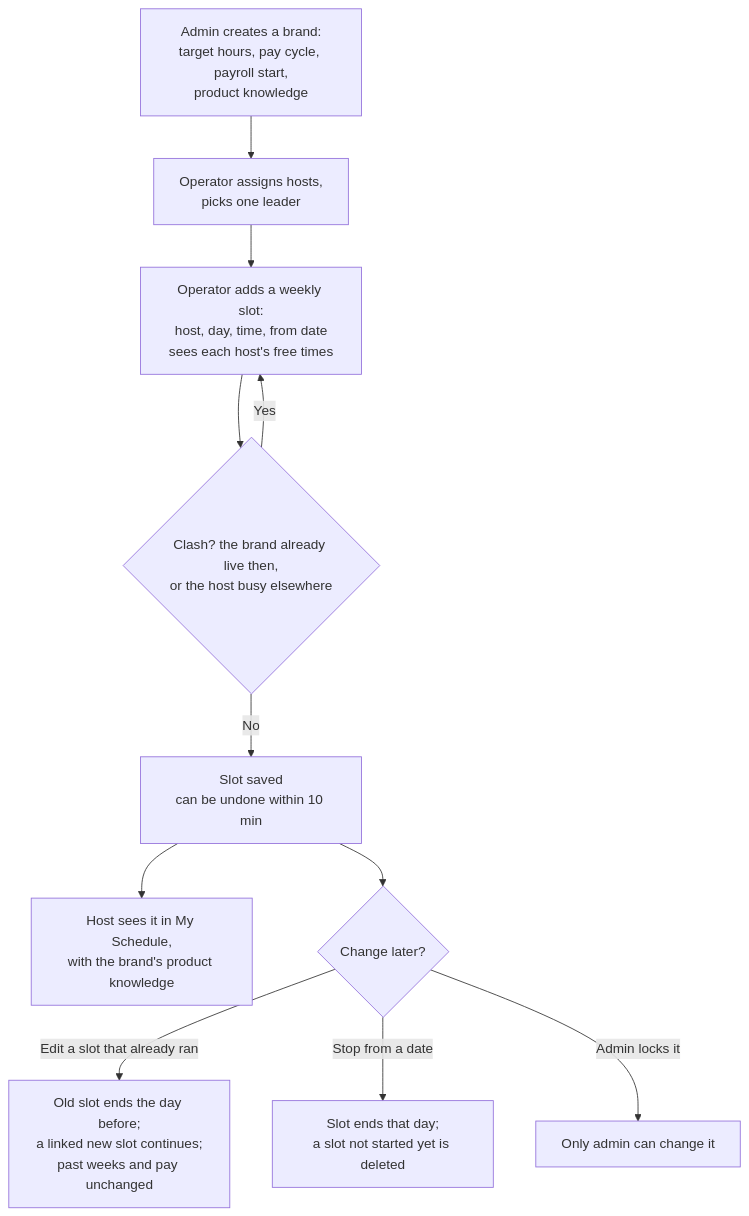
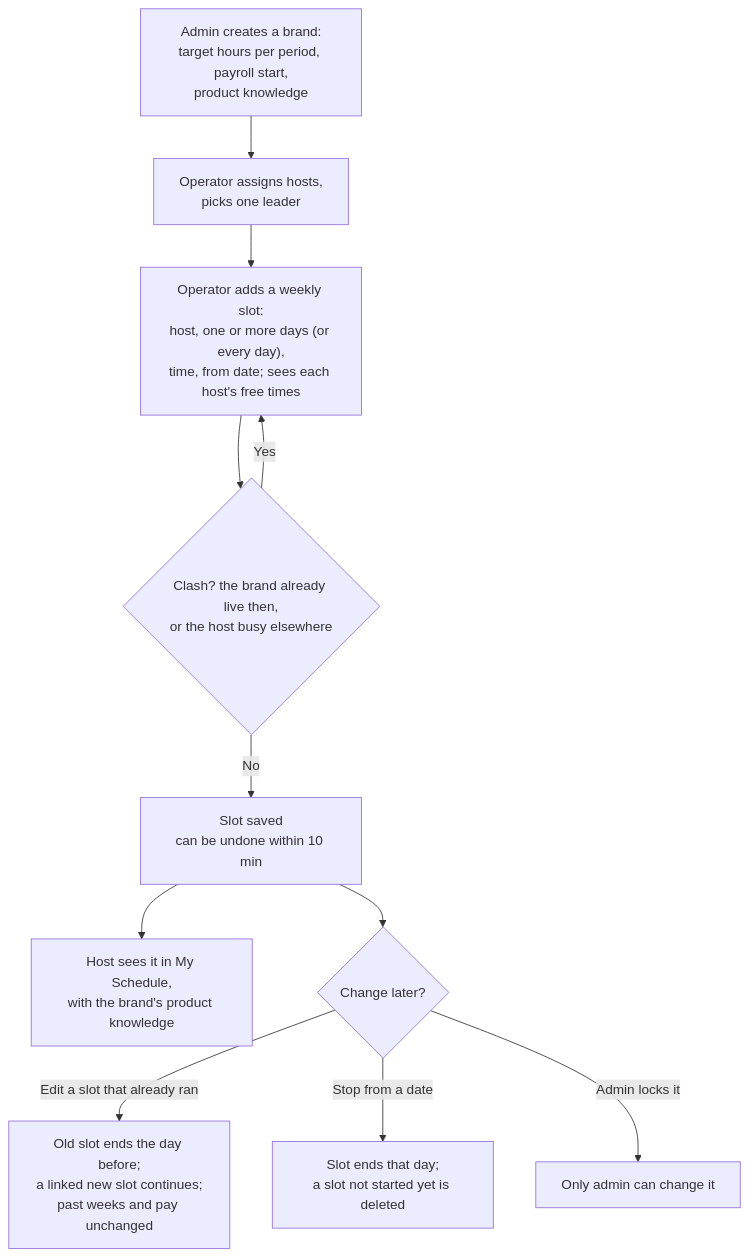
One commit to Adomancer/VidHelp changed the fourth of 13 diagrams in FLOWCHART.md. Above: the diagram before and after it, drawn with Mermaid. The commit also changed other lines of this file and 38 other files, not shown here.

First line of the commit message:
Switch payroll to target-hour periods

````diff
--- a/FLOWCHART.md
+++ b/FLOWCHART.md
@@ -97,13 +98,13 @@
 ```mermaid
 flowchart TD
-  A["Admin creates a brand:<br/>target hours, pay cycle, payroll start,<br/>product knowledge"] --> B["Operator assigns hosts,<br/>picks one leader"]
-  B --> C["Operator adds a weekly slot:<br/>host, day, time, from date<br/>sees each host's free times"]
+  A["Admin creates a brand:<br/>target hours per period, payroll start,<br/>product knowledge"] --> B["Operator assigns hosts,<br/>picks one leader"]
+  B --> C["Operator adds a weekly slot:<br/>host, one or more days (or every day),<br/>time, from date; sees each host's free times"]
   C --> D{"Clash? the brand already live then,<br/>or the host busy elsewhere"}
   D -->|Yes| C
   D -->|No| E["Slot saved<br/>can be undone within 10 min"]
   E --> F["Host sees it in My Schedule,<br/>with the brand's product knowledge"]
   E --> G{"Change later?"}
   G -->|Edit a slot that already ran| H["Old slot ends the day before;<br/>a linked new slot continues;<br/>past weeks and pay unchanged"]
   G -->|Stop from a date| I["Slot ends that day;<br/>a slot not started yet is deleted"]
   G -->|Admin locks it| J["Only admin can change it"]
 ```
````
